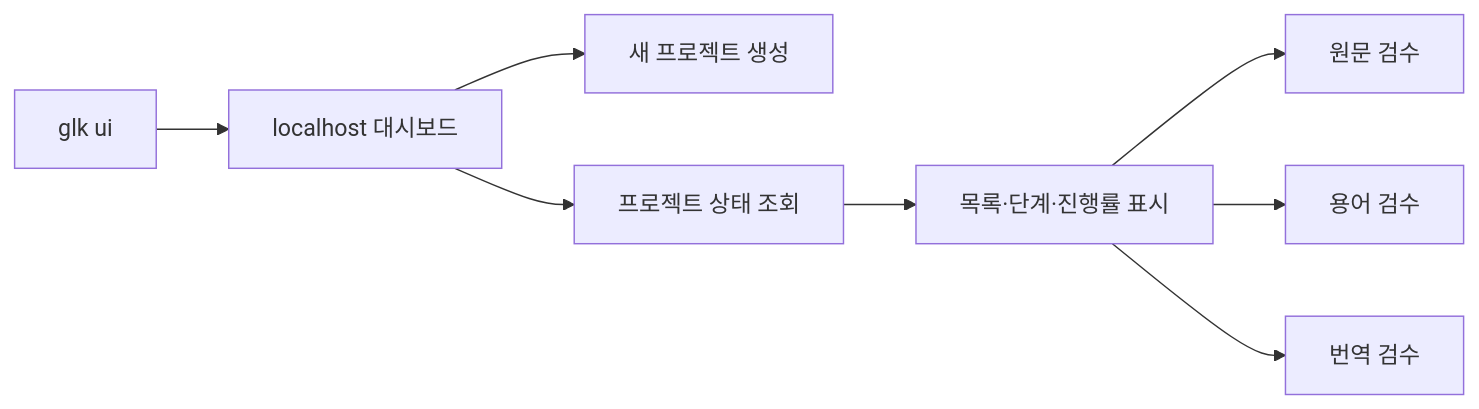
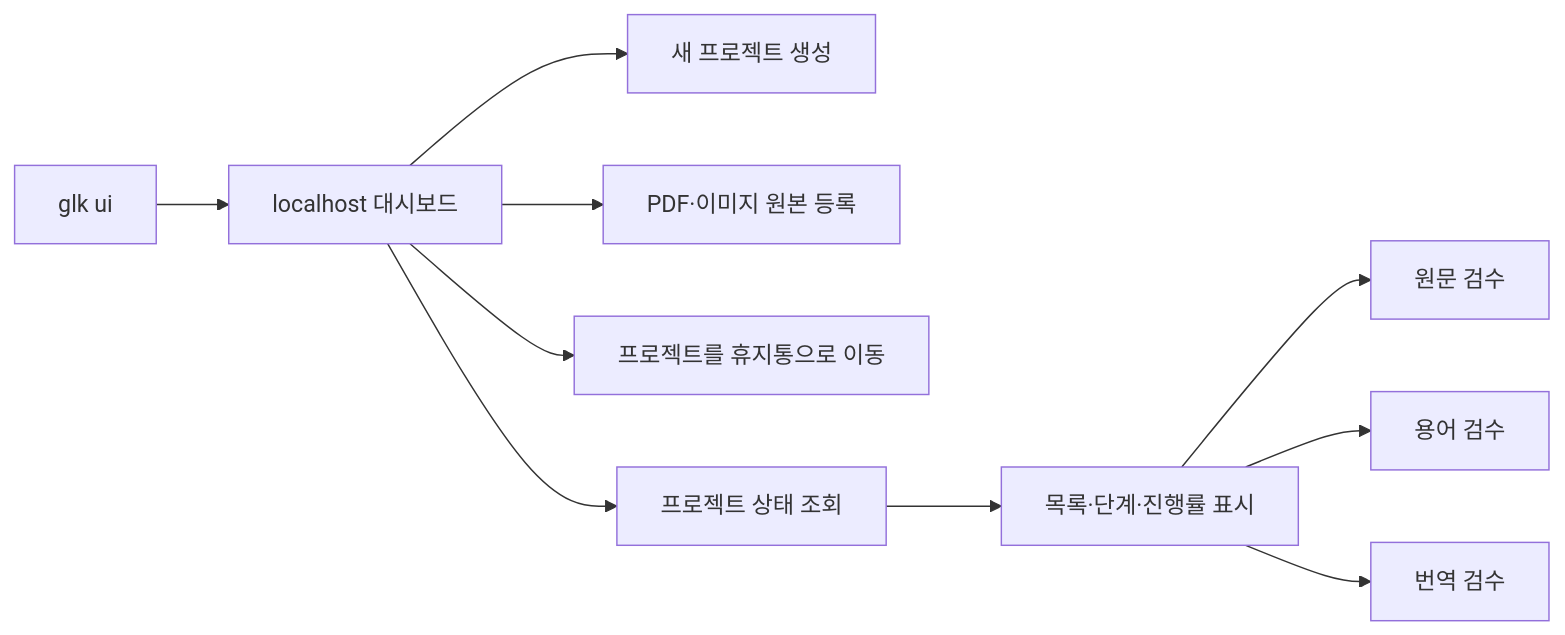
One commit to JJUN777/game-localization-kit changed the diagram in DASHBOARD_WORK_HISTORY.md. Above: the diagram before and after it, drawn with Mermaid. The commit also changed other lines of this file and 19 other files, not shown here.

````diff
--- a/DASHBOARD_WORK_HISTORY.md
+++ b/DASHBOARD_WORK_HISTORY.md
@@ -13,10 +13,12 @@
 ```mermaid
 flowchart LR
     CLI[glk ui] --> DASH[localhost 대시보드]
     DASH --> CREATE[새 프로젝트 생성]
+    DASH --> REGISTER[PDF·이미지 원본 등록]
+    DASH --> DELETE[프로젝트를 휴지통으로 이동]
     DASH --> SNAPSHOT[프로젝트 상태 조회]
     SNAPSHOT --> CARDS[목록·단계·진행률 표시]
     CARDS --> SOURCE[원문 검수]
     CARDS --> GLOSSARY[용어 검수]
     CARDS --> TRANS[번역 검수]
 ```
````
